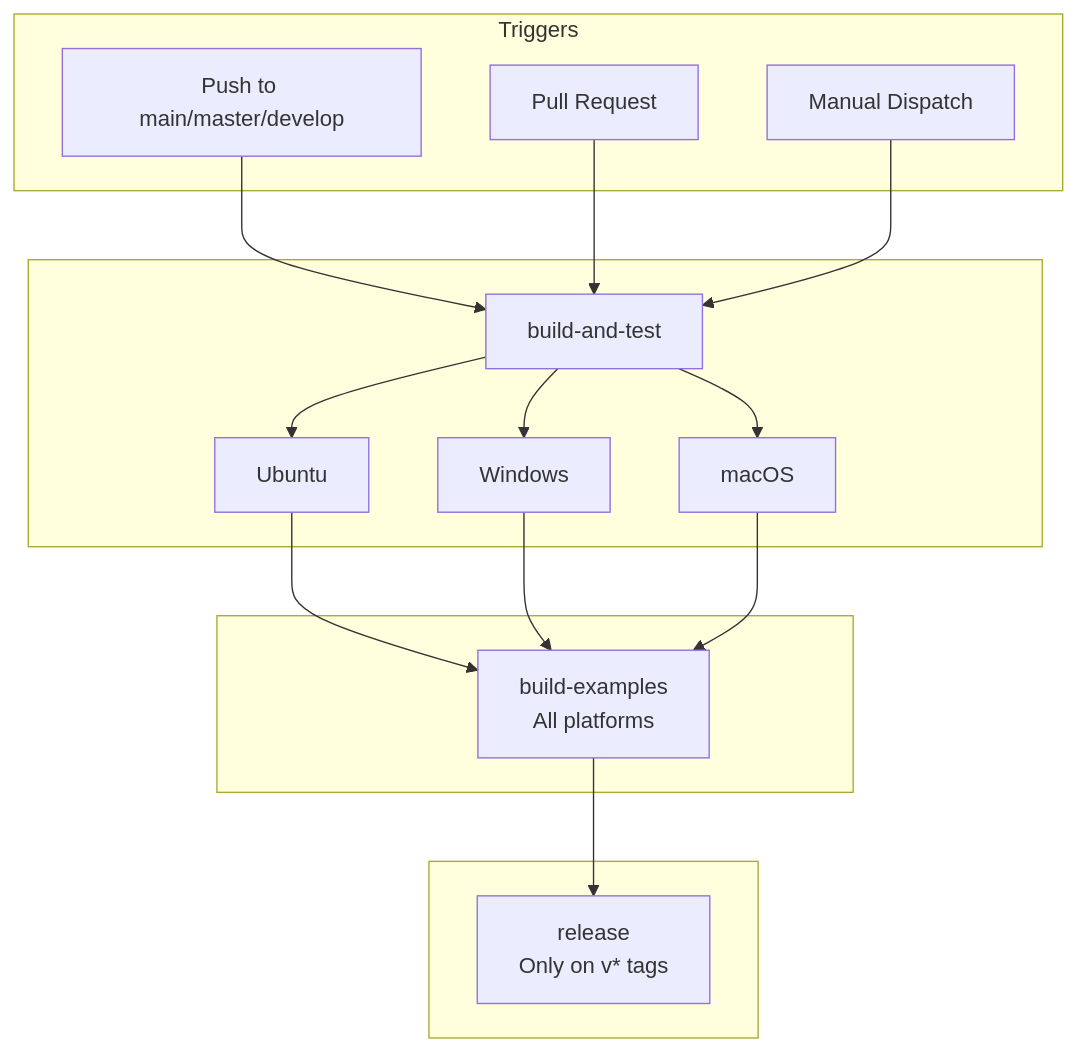
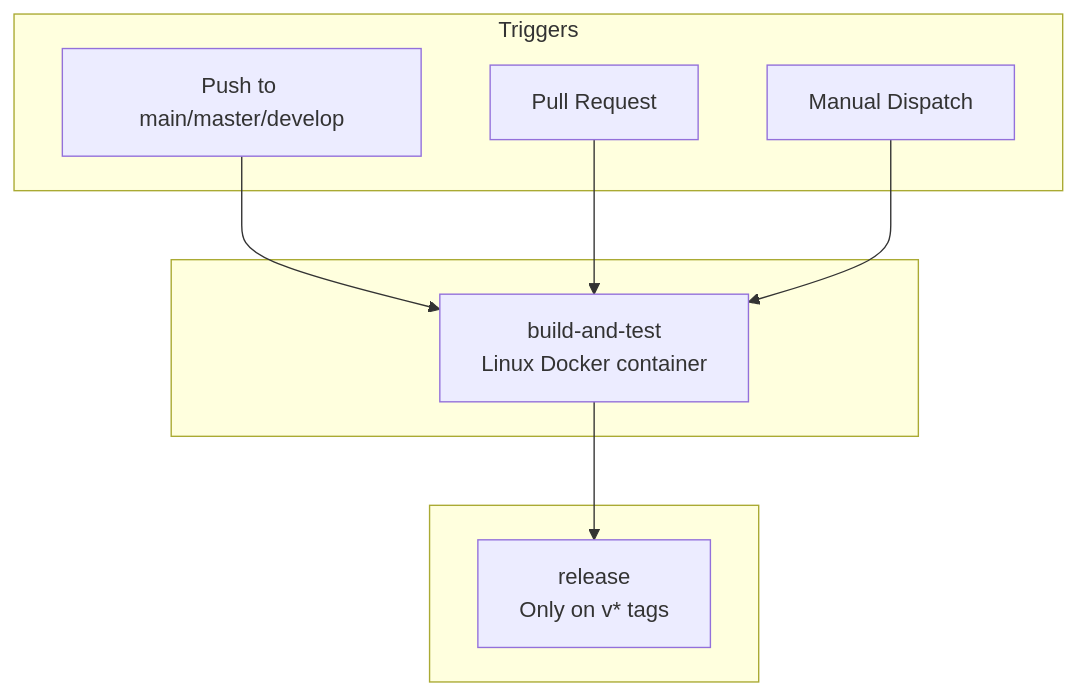
The diagram in .github/workflows/README.md (emo13337/dcpcrypt-lazarus), drawn with Mermaid before and after one commit. The commit also changed other lines of this file and 2 other files, not shown here.

First line of the commit message:
docs: update CI documentation for Docker-based Linux pipeline

````diff
--- a/.github/workflows/README.md
+++ b/.github/workflows/README.md
@@ -11,37 +11,22 @@
 ```mermaid
 flowchart TD
     subgraph Triggers
         T1[Push to main/master/develop]
         T2[Pull Request]
         T3[Manual Dispatch]
     end
 
     subgraph Stage1[" "]
-        BAT[build-and-test]
-        BAT_U[Ubuntu]
-        BAT_W[Windows]
-        BAT_M[macOS]
+        BAT[build-and-test<br/>Linux Docker container]
     end
 
     subgraph Stage2[" "]
-        BE[build-examples<br/>All platforms]
-    end
-
-    subgraph Stage3[" "]
         REL[release<br/>Only on v* tags]
     end
 
     T1 --> BAT
     T2 --> BAT
     T3 --> BAT
 
-    BAT --> BAT_U
-    BAT --> BAT_W
-    BAT --> BAT_M
-
-    BAT_U --> BE
-    BAT_W --> BE
-    BAT_M --> BE
-
-    BE --> REL
+    BAT --> REL
 ```
````
